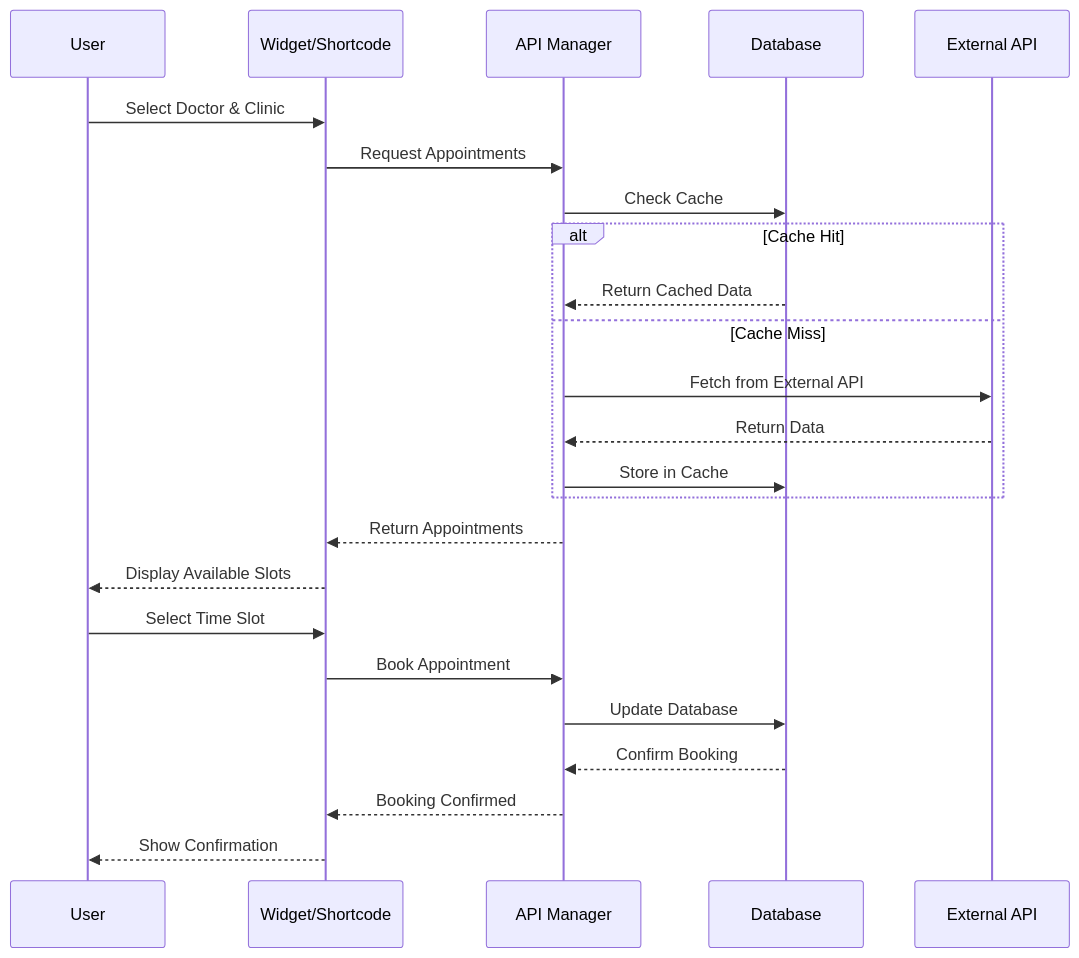
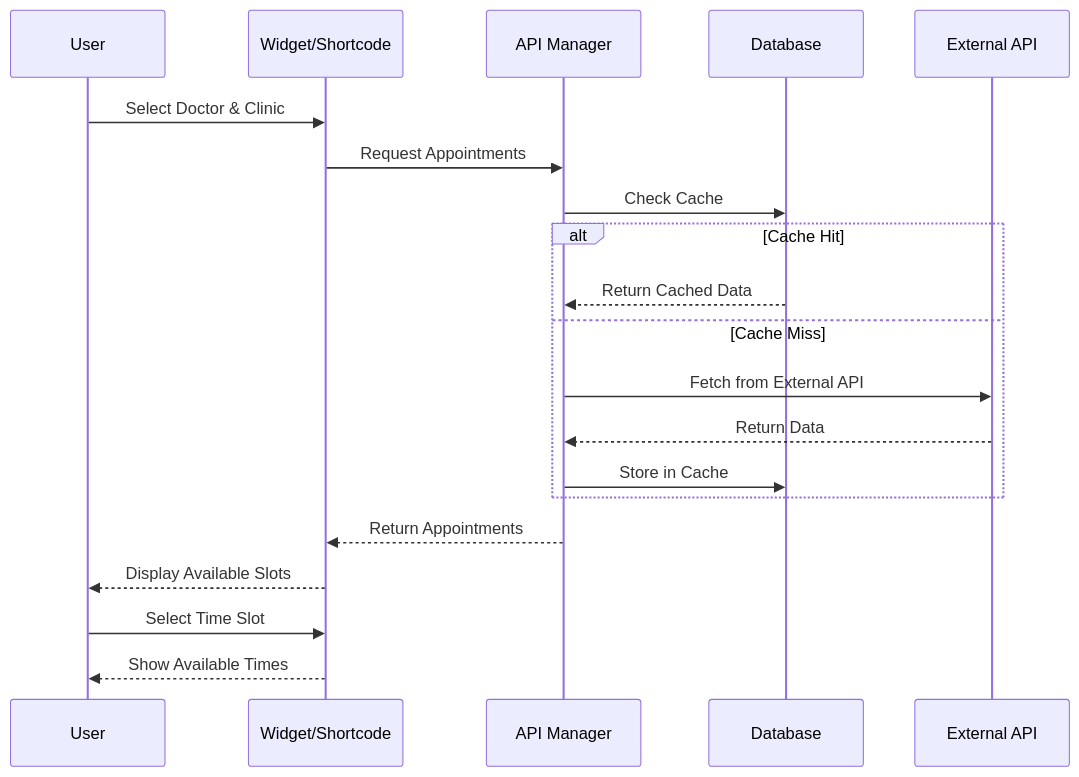
The second of 6 diagrams in docs/ARCHITECTURE_DIAGRAM.md (OrielBenMoshe/clinic-queue-management), drawn with Mermaid before and after one commit. The commit also changed other lines of this file and 42 other files, not shown here.

````diff
--- a/docs/ARCHITECTURE_DIAGRAM.md
+++ b/docs/ARCHITECTURE_DIAGRAM.md
@@ -86,28 +86,24 @@
 ```mermaid
 sequenceDiagram
     participant U as User
     participant W as Widget/Shortcode
     participant A as API Manager
     participant D as Database
     participant E as External API
     
     U->>W: Select Doctor & Clinic
     W->>A: Request Appointments
     A->>D: Check Cache
     alt Cache Hit
         D-->>A: Return Cached Data
     else Cache Miss
         A->>E: Fetch from External API
         E-->>A: Return Data
         A->>D: Store in Cache
     end
     A-->>W: Return Appointments
     W-->>U: Display Available Slots
     
     U->>W: Select Time Slot
-    W->>A: Book Appointment
-    A->>D: Update Database
-    D-->>A: Confirm Booking
-    A-->>W: Booking Confirmed
-    W-->>U: Show Confirmation
+    W-->>U: Show Available Times
 ```
````
